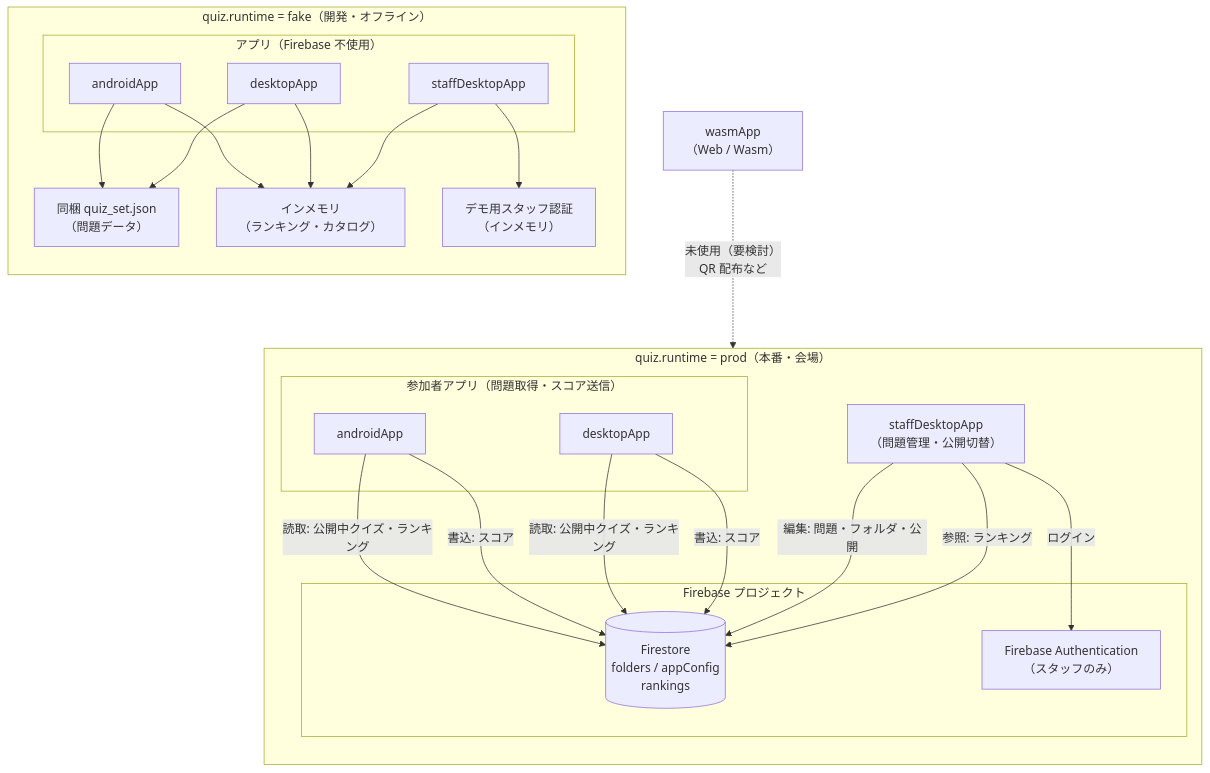
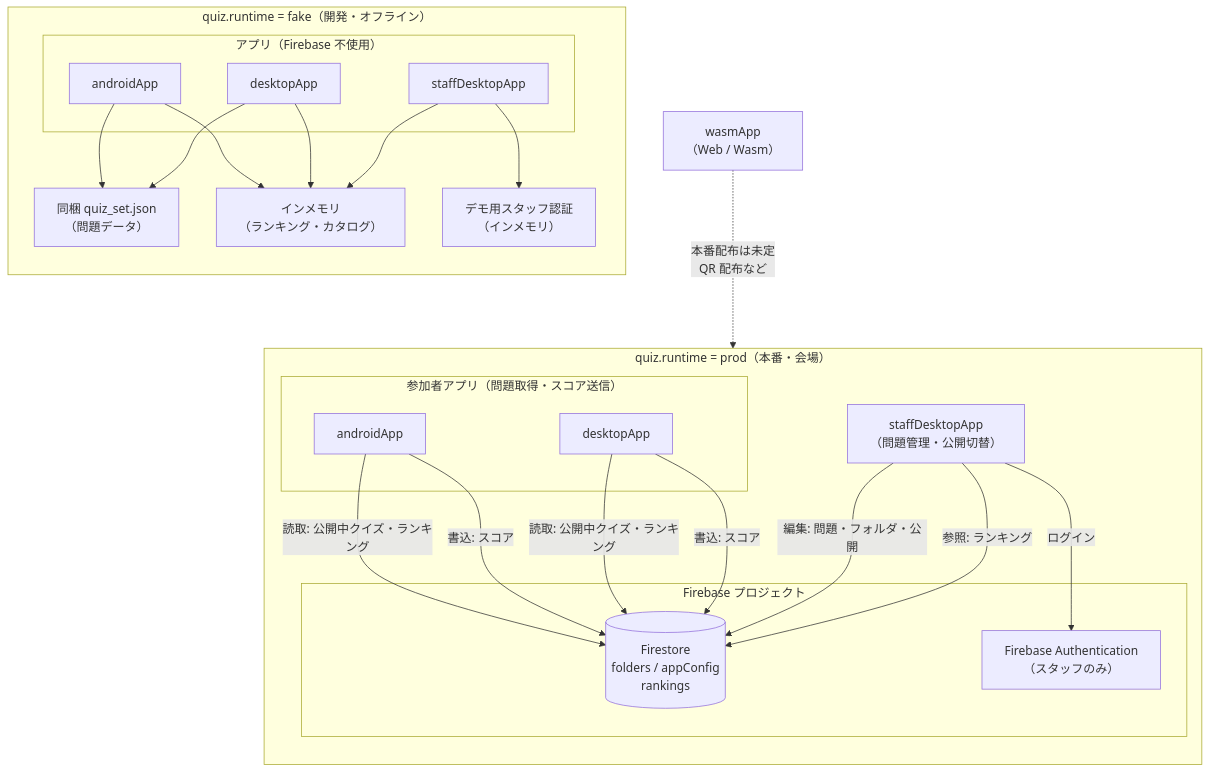
One commit to ymm-oss/droidkaigi2026-Quiz-App changed the diagram in docs/DEVELOPMENT.md. Above: the diagram before and after it, drawn with Mermaid. The commit also changed 1 other file, not shown here.

Commit message:
docs: mark Wasm as a working participant target in README and diagram

````diff
--- a/docs/DEVELOPMENT.md
+++ b/docs/DEVELOPMENT.md
@@ -28,49 +28,49 @@
 ```mermaid
 flowchart TB
   subgraph fake["quiz.runtime = fake（開発・オフライン）"]
     direction TB
     FJSON["同梱 quiz_set.json<br/>（問題データ）"]
     FMEM["インメモリ<br/>（ランキング・カタログ）"]
     FAUTH["デモ用スタッフ認証<br/>（インメモリ）"]
 
     subgraph fakeApps["アプリ（Firebase 不使用）"]
       FA["androidApp"]
       FD["desktopApp"]
       FS_APP["staffDesktopApp"]
     end
 
     FA --> FJSON
     FA --> FMEM
     FD --> FJSON
     FD --> FMEM
     FS_APP --> FAUTH
     FS_APP --> FMEM
   end
 
   subgraph prod["quiz.runtime = prod（本番・会場）"]
     direction TB
     subgraph firebase["Firebase プロジェクト"]
       FSDB[("Firestore<br/>folders / appConfig<br/>rankings")]
       AUTH["Firebase Authentication<br/>（スタッフのみ）"]
     end
 
     subgraph prodParticipant["参加者アプリ（問題取得・スコア送信）"]
       PA["androidApp"]
       PD["desktopApp"]
     end
 
     STAFF["staffDesktopApp<br/>（問題管理・公開切替）"]
 
     PA -->|"読取: 公開中クイズ・ランキング"| FSDB
     PA -->|"書込: スコア"| FSDB
     PD -->|"読取: 公開中クイズ・ランキング"| FSDB
     PD -->|"書込: スコア"| FSDB
 
     STAFF -->|"ログイン"| AUTH
     STAFF -->|"編集: 問題・フォルダ・公開"| FSDB
     STAFF -->|"参照: ランキング"| FSDB
   end
 
   WASM["wasmApp<br/>（Web / Wasm）"]
-  WASM -.->|"未使用（要検討）<br/>QR 配布など"| prodParticipant
+  WASM -.->|"本番配布は未定<br/>QR 配布など"| prodParticipant
 ```
````
